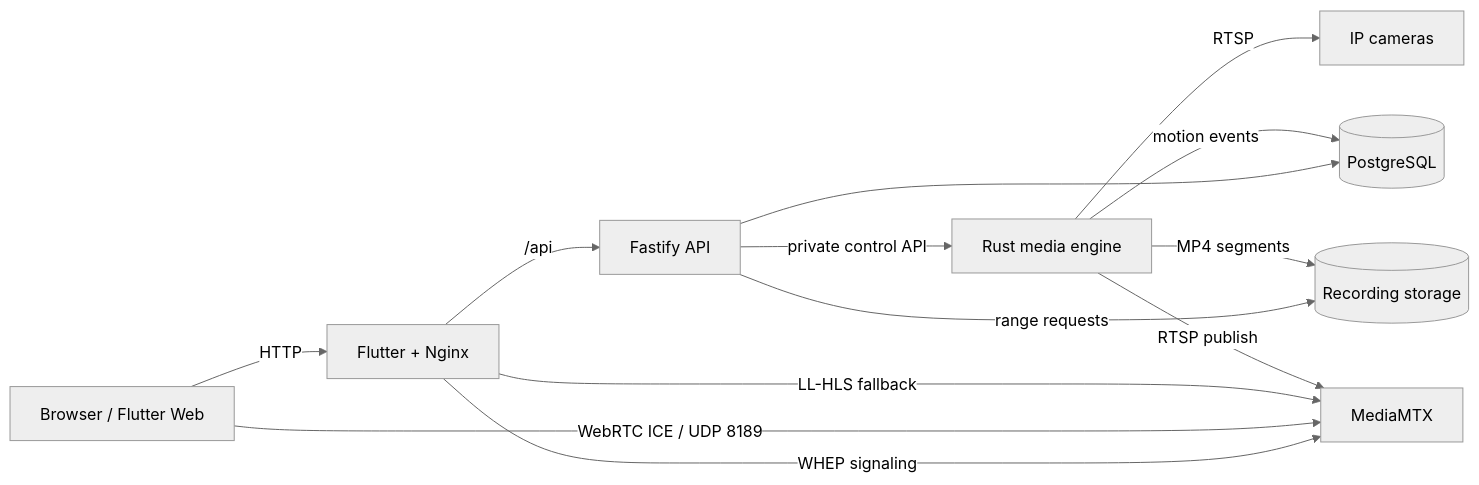
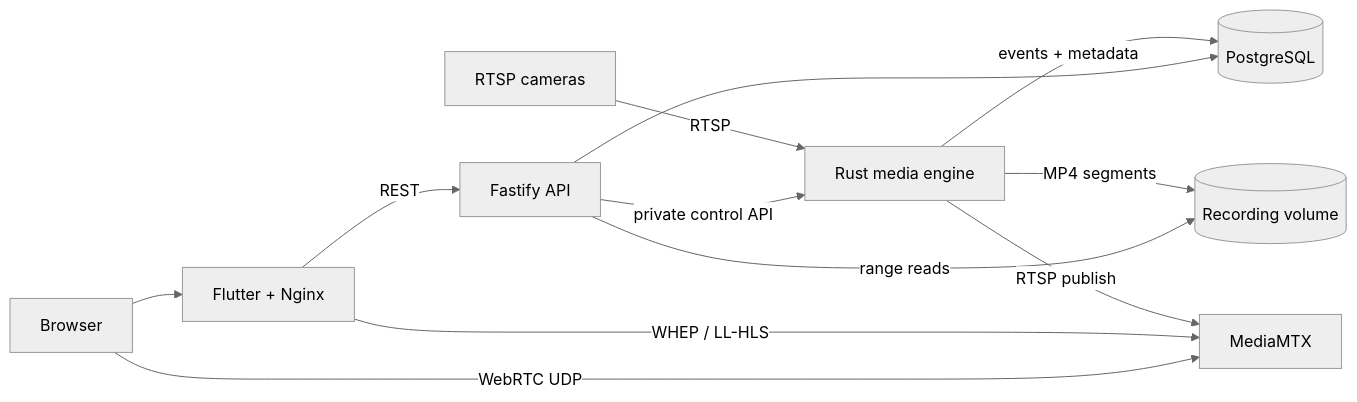
Before and after one commit to prinako/aegivue: the diagram in README.md, drawn with Mermaid (neutral theme). The commit also changed other lines of this file, not shown here.

````diff
--- a/README.md
+++ b/README.md
@@ -167,17 +162,15 @@
 ```mermaid
 flowchart LR
-    Browser[Browser / Flutter Web] -->|HTTP| Web[Flutter + Nginx]
-    Web -->|/api| API[Fastify API]
-    Web -->|WHEP signaling| RTC[MediaMTX]
-    Browser -->|WebRTC ICE / UDP 8189| RTC
-    Web -->|LL-HLS fallback| RTC
+    Camera[RTSP cameras] -->|RTSP| Media[Rust media engine]
+    Media -->|MP4 segments| Storage[(Recording volume)]
+    Media -->|events + metadata| DB[(PostgreSQL)]
+    Media -->|RTSP publish| Gateway[MediaMTX]
 
-    API --> DB[(PostgreSQL)]
-    API -->|private control API| Media[Rust media engine]
-    API -->|range requests| Storage[(Recording storage)]
-
-    Media -->|RTSP| Cameras[IP cameras]
-    Media -->|RTSP publish| RTC
-    Media -->|MP4 segments| Storage
-    Media -->|motion events| DB
+    Browser[Browser] --> Web[Flutter + Nginx]
+    Web -->|REST| API[Fastify API]
+    Web -->|WHEP / LL-HLS| Gateway
+    Browser -->|WebRTC UDP| Gateway
+    API --> DB
+    API -->|private control API| Media
+    API -->|range reads| Storage
 ```
````
